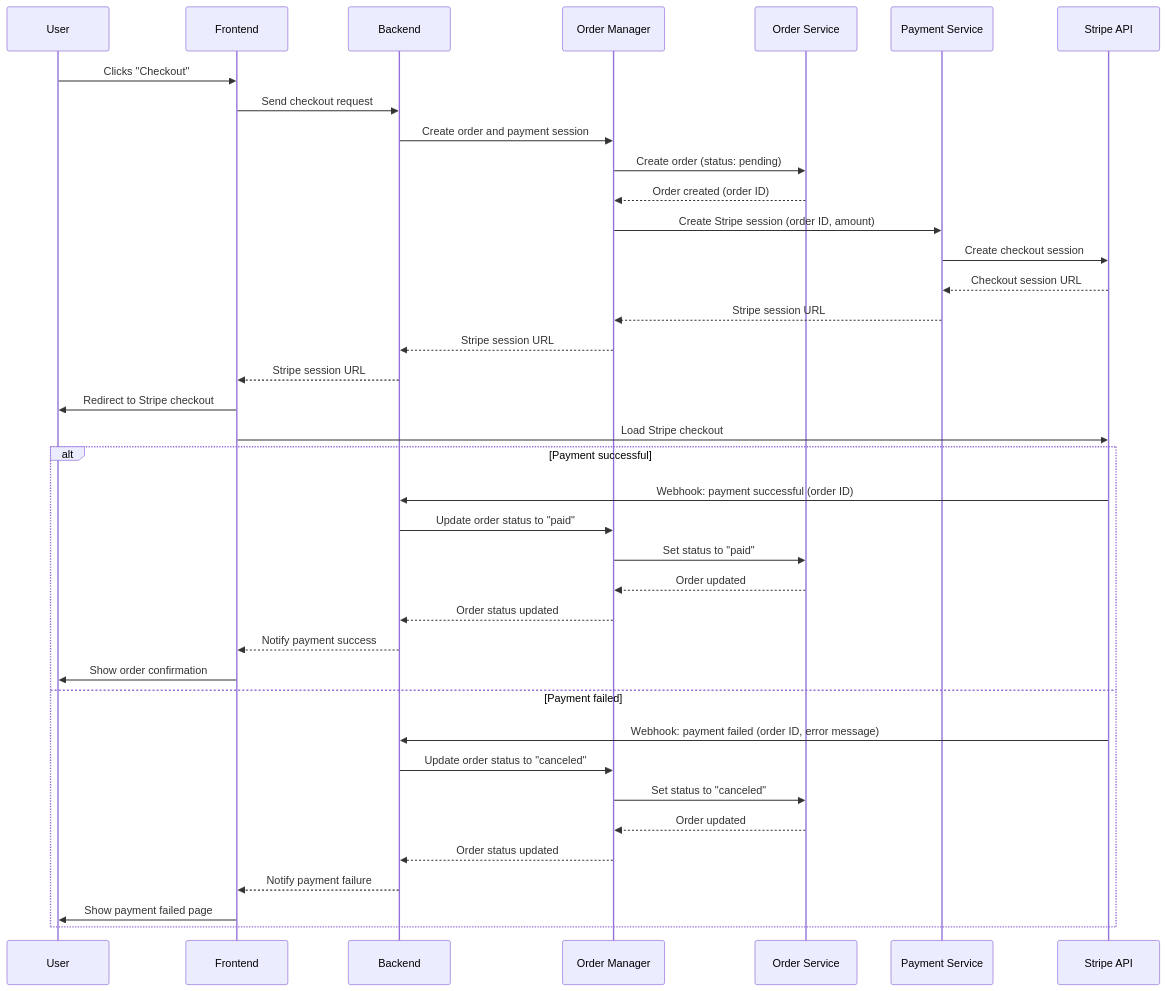
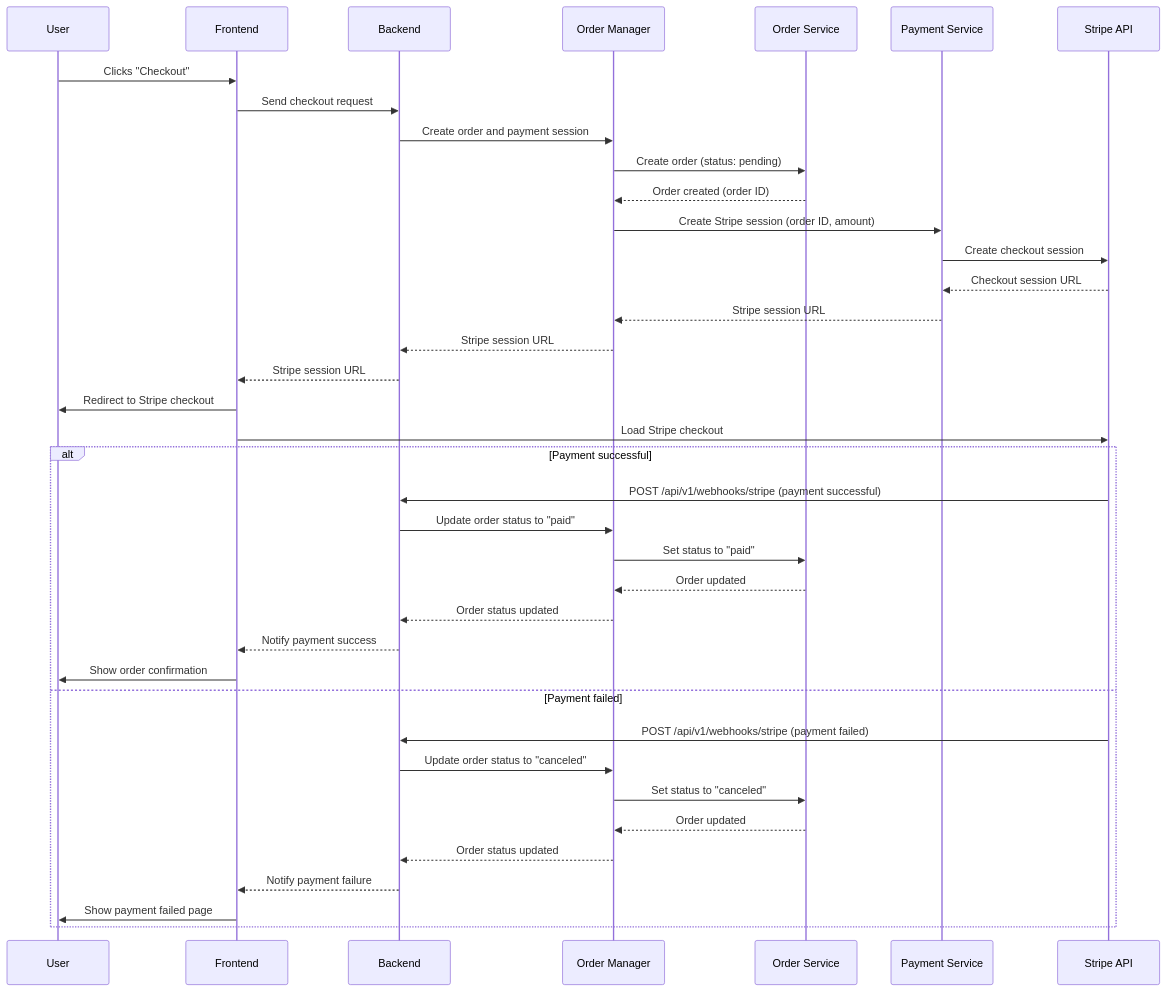
One commit to moh-sa/proShop changed the diagram in README.md. Above: the diagram before and after it, drawn with Mermaid. The commit also changed 6 other files, not shown here.

Commit message:
feat: add `verifyWebhook` in `PaymentService` with types and tests

````diff
--- a/README.md
+++ b/README.md
@@ -21,42 +21,42 @@
 ```mermaid
 sequenceDiagram
     participant User
     participant Frontend as Frontend
     participant Backend as Backend
     participant Order_Manager as Order Manager
     participant Order_Service as Order Service
     participant Payment_Service as Payment Service
     participant Stripe_API as Stripe API
 
     User->>Frontend: Clicks "Checkout"
     Frontend->>Backend: Send checkout request
     Backend->>Order_Manager: Create order and payment session
     Order_Manager->>Order_Service: Create order (status: pending)
     Order_Service-->>Order_Manager: Order created (order ID)
     Order_Manager->>Payment_Service: Create Stripe session (order ID, amount)
     Payment_Service->>Stripe_API: Create checkout session
     Stripe_API-->>Payment_Service: Checkout session URL
     Payment_Service-->>Order_Manager: Stripe session URL
     Order_Manager-->>Backend: Stripe session URL
     Backend-->>Frontend: Stripe session URL
     Frontend->>User: Redirect to Stripe checkout
     Frontend->>Stripe_API: Load Stripe checkout
 
     alt Payment successful
-        Stripe_API->>Backend: Webhook: payment successful (order ID)
+        Stripe_API->>Backend: POST /api/v1/webhooks/stripe (payment successful)
         Backend->>Order_Manager: Update order status to "paid"
         Order_Manager->>Order_Service: Set status to "paid"
         Order_Service-->>Order_Manager: Order updated
         Order_Manager-->>Backend: Order status updated
         Backend-->>Frontend: Notify payment success
         Frontend->>User: Show order confirmation
     else Payment failed
-        Stripe_API->>Backend: Webhook: payment failed (order ID, error message)
+        Stripe_API->>Backend: POST /api/v1/webhooks/stripe (payment failed)
         Backend->>Order_Manager: Update order status to "canceled"
         Order_Manager->>Order_Service: Set status to "canceled"
         Order_Service-->>Order_Manager: Order updated
         Order_Manager-->>Backend: Order status updated
         Backend-->>Frontend: Notify payment failure
         Frontend->>User: Show payment failed page
     end
 ```
````
